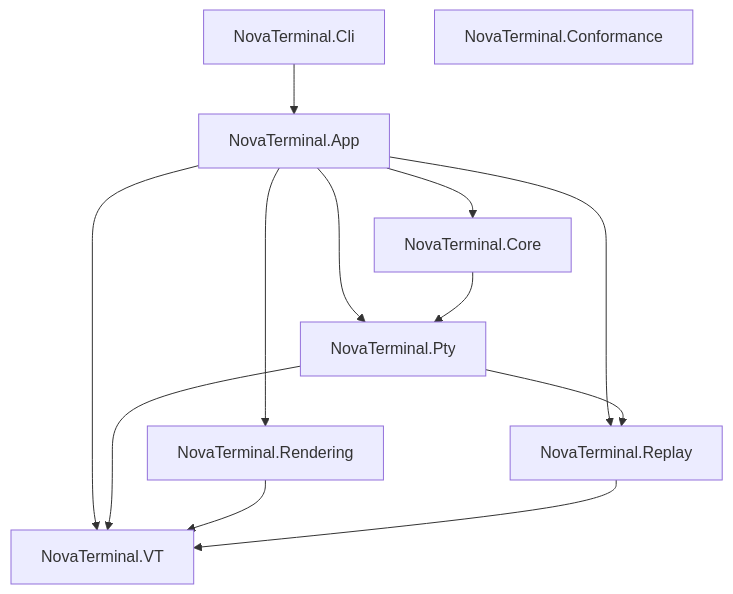
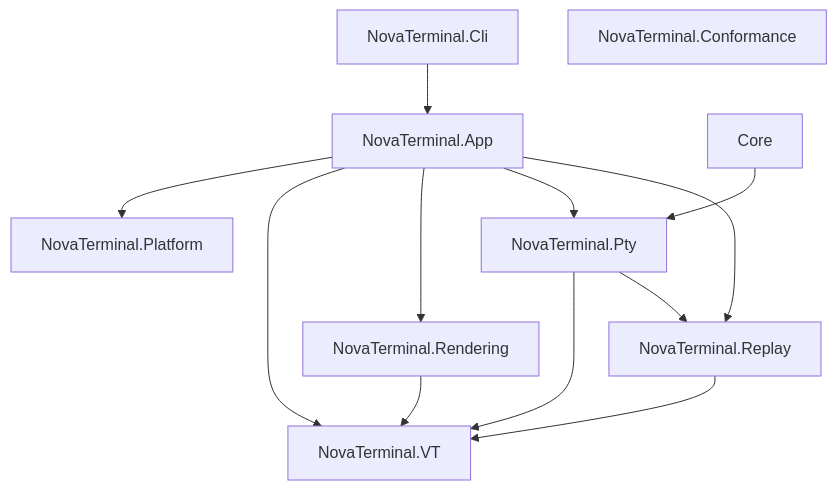
The diagram in README.md (benyblack/NovaTerminal), drawn with Mermaid before and after one commit. The commit also changed other lines of this file and 3 other files, not shown here.

First line of the commit message:
@ fix(ci): update CI + README references missed by the Core->Platform rename (#76)

````diff
--- a/README.md
+++ b/README.md
@@ -133,15 +133,15 @@
 ```mermaid
 graph TD
     Cli[NovaTerminal.Cli] --> App[NovaTerminal.App]
-    App --> Core[NovaTerminal.Core]
+    App --> Platform[NovaTerminal.Platform]
     App --> VT[NovaTerminal.VT]
     App --> Rendering[NovaTerminal.Rendering]
     App --> Pty[NovaTerminal.Pty]
     App --> Replay[NovaTerminal.Replay]
     Core --> Pty
     Pty --> VT
     Pty --> Replay
     Rendering --> VT
     Replay --> VT
     Conformance[NovaTerminal.Conformance]
 ```
````
